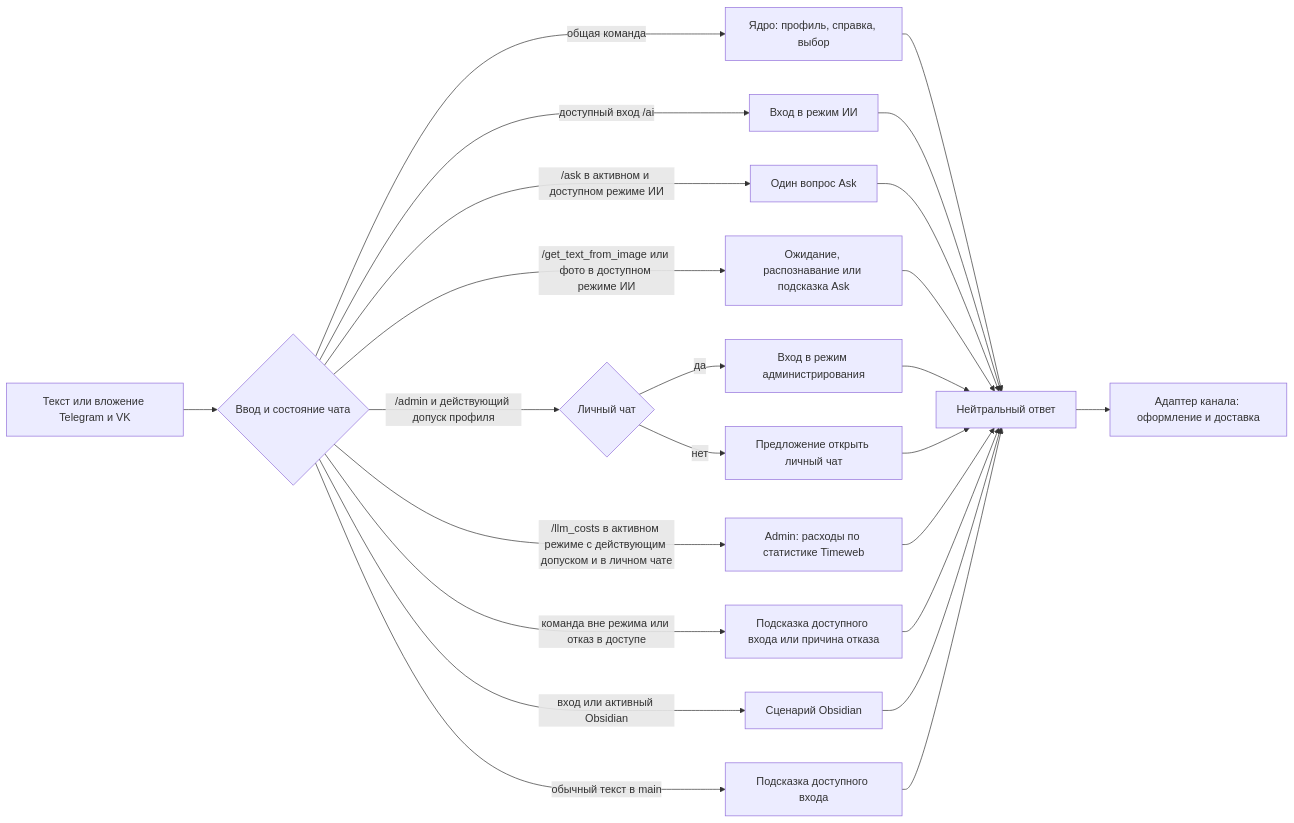
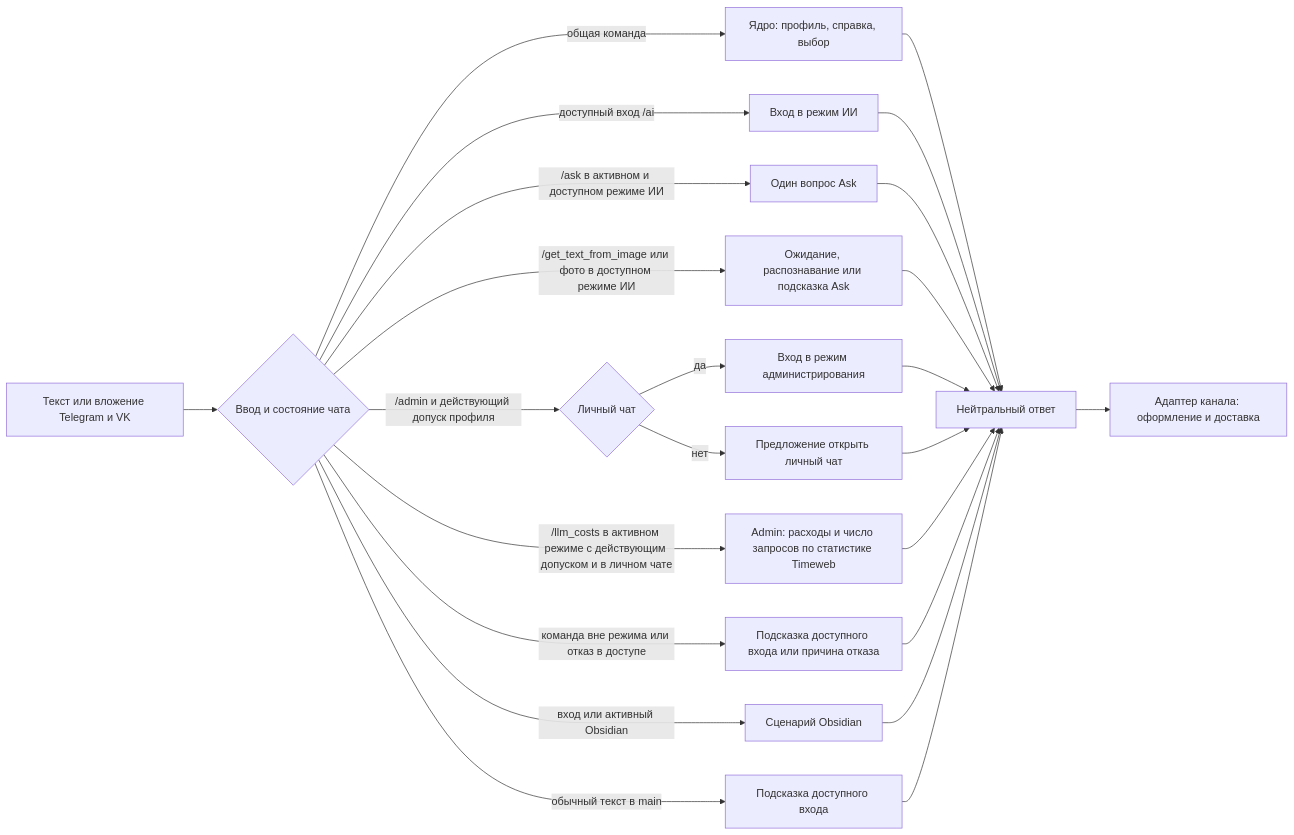
One commit to karateka-git/compadre-assistant changed the diagram in docs/USER_MESSAGES.md. Above: the diagram before and after it, drawn with Mermaid. The commit also changed 10 other files, not shown here.

Commit message:
Показать количество запросов в отчёте Timeweb

````diff
--- a/docs/USER_MESSAGES.md
+++ b/docs/USER_MESSAGES.md
@@ -20,26 +20,26 @@
 ```mermaid
 flowchart LR
     A[Текст или вложение Telegram и VK] --> B{Ввод и состояние чата}
     B -->|общая команда| C[Ядро: профиль, справка, выбор]
     B -->|доступный вход /ai| D[Вход в режим ИИ]
     B -->|/ask в активном и доступном режиме ИИ| I[Один вопрос Ask]
     B -->|/get_text_from_image или фото в доступном режиме ИИ| K[Ожидание, распознавание или подсказка Ask]
     B -->|/admin и действующий допуск профиля| L{Личный чат}
     L -->|да| Q[Вход в режим администрирования]
     L -->|нет| P[Предложение открыть личный чат]
-    B -->|/llm_costs в активном режиме с действующим допуском и в личном чате| N[Admin: расходы по статистике Timeweb]
+    B -->|/llm_costs в активном режиме с действующим допуском и в личном чате| N[Admin: расходы и число запросов по статистике Timeweb]
     B -->|команда вне режима или отказ в доступе| J[Подсказка доступного входа или причина отказа]
     B -->|вход или активный Obsidian| E[Сценарий Obsidian]
     B -->|обычный текст в main| F[Подсказка доступного входа]
     C --> G[Нейтральный ответ]
     D --> G
     I --> G
     K --> G
     Q --> G
     N --> G
     P --> G
     J --> G
     E --> G
     F --> G
     G --> H[Адаптер канала: оформление и доставка]
 ```
````
